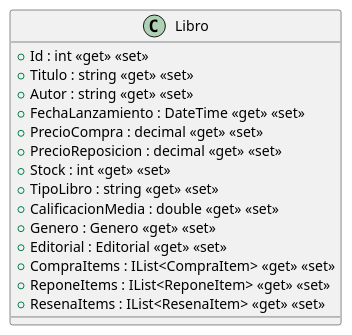
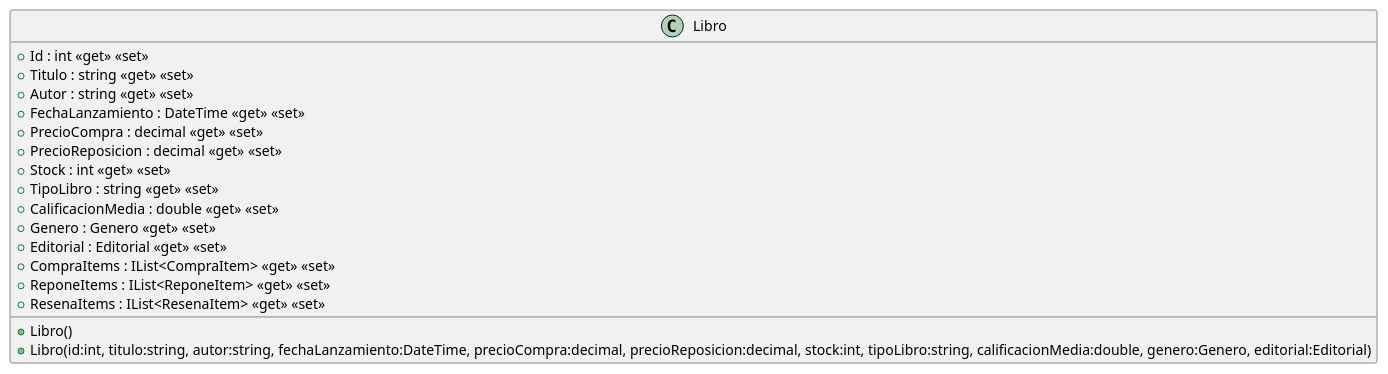
Before and after one commit to ISII2627JRJ/ISII2627JRJ: the diagram in src/AppForSEII.API/ClassDiagram/Libro.puml, drawn with PlantUML. The commit also changed 16 other files, not shown here.

First line of the commit message:
Constructores añadidos y diagramas uml actualizados (#48)

```diff
--- a/src/AppForSEII.API/ClassDiagram/Libro.puml
+++ b/src/AppForSEII.API/ClassDiagram/Libro.puml
@@ -1,18 +1,20 @@
 @startuml
 class Libro {
+    + Libro()
+    + Libro(id:int, titulo:string, autor:string, fechaLanzamiento:DateTime, precioCompra:decimal, precioReposicion:decimal, stock:int, tipoLibro:string, calificacionMedia:double, genero:Genero, editorial:Editorial)
     + Id : int <<get>> <<set>>
     + Titulo : string <<get>> <<set>>
     + Autor : string <<get>> <<set>>
     + FechaLanzamiento : DateTime <<get>> <<set>>
     + PrecioCompra : decimal <<get>> <<set>>
     + PrecioReposicion : decimal <<get>> <<set>>
     + Stock : int <<get>> <<set>>
     + TipoLibro : string <<get>> <<set>>
     + CalificacionMedia : double <<get>> <<set>>
     + Genero : Genero <<get>> <<set>>
     + Editorial : Editorial <<get>> <<set>>
     + CompraItems : IList<CompraItem> <<get>> <<set>>
     + ReponeItems : IList<ReponeItem> <<get>> <<set>>
     + ResenaItems : IList<ResenaItem> <<get>> <<set>>
 }
 @enduml
```
